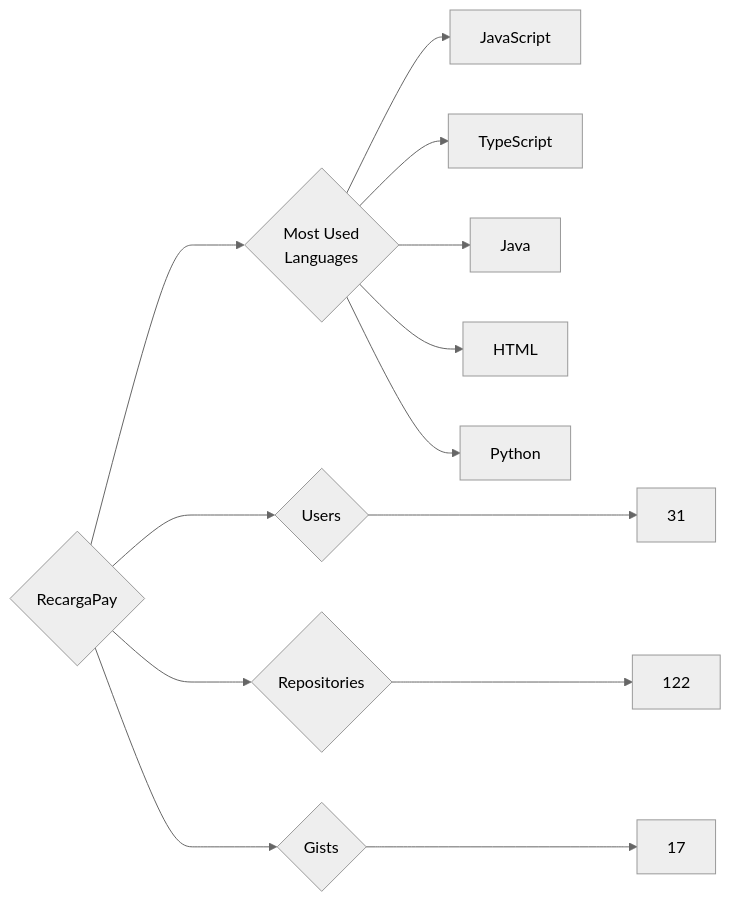
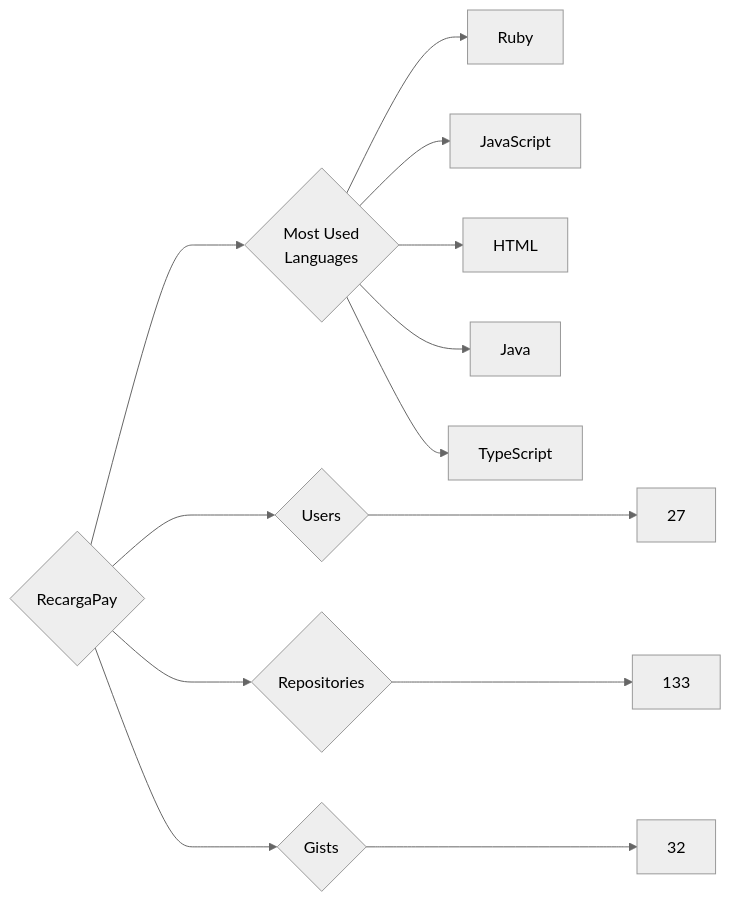
The diagram in targets/RecargaPay/README.md (trickest/insiders), drawn with Mermaid (neutral theme) before and after one commit. The commit also changed 582 other files, not shown here.

````diff
--- a/targets/RecargaPay/README.md
+++ b/targets/RecargaPay/README.md
@@ -3,13 +3,13 @@
 ```mermaid
 graph LR
 COMPANY_NAME{RecargaPay}
-COMPANY_NAME ---> U{Users} ---> UN[31]
-COMPANY_NAME ---> R{Repositories} ---> RN[122]
-COMPANY_NAME ---> G{Gists} ---> GN[17]
+COMPANY_NAME ---> U{Users} ---> UN[27]
+COMPANY_NAME ---> R{Repositories} ---> RN[133]
+COMPANY_NAME ---> G{Gists} ---> GN[32]
 COMPANY_NAME ---> ML{Most Used<br>Languages}
+ML --> Ruby[Ruby]
 ML --> JavaScript[JavaScript]
+ML --> HTML[HTML]
+ML --> Java[Java]
 ML --> TypeScript[TypeScript]
-ML --> Java[Java]
-ML --> HTML[HTML]
-ML --> Python[Python]
 ```
````
